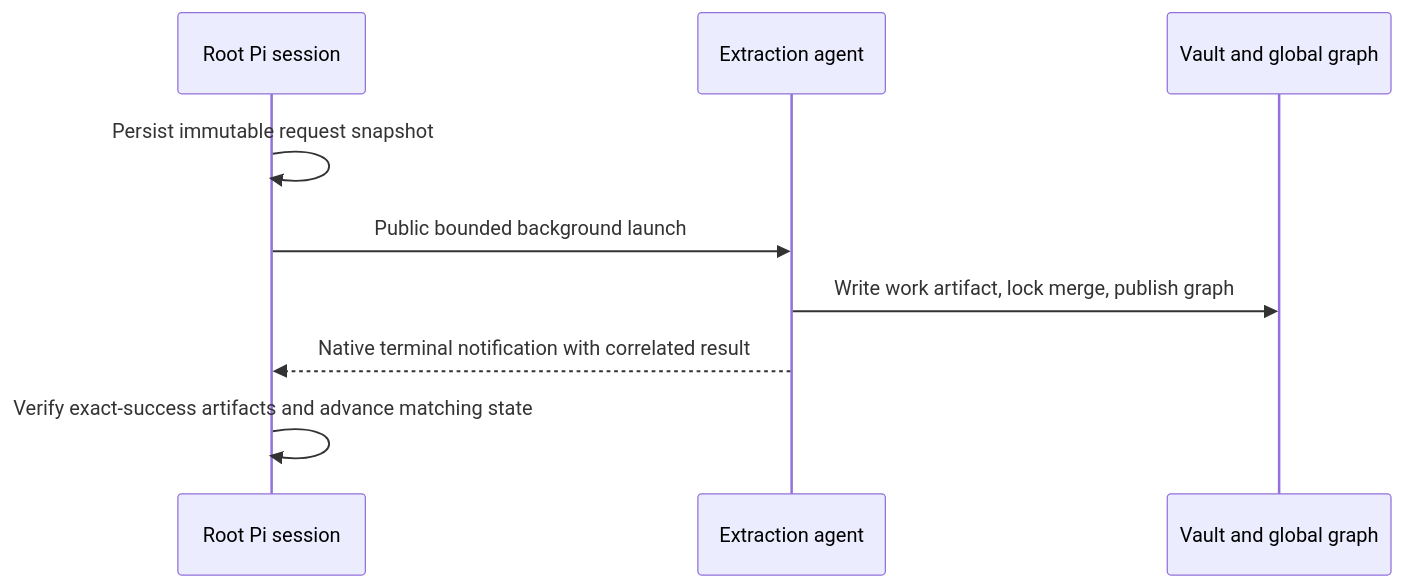
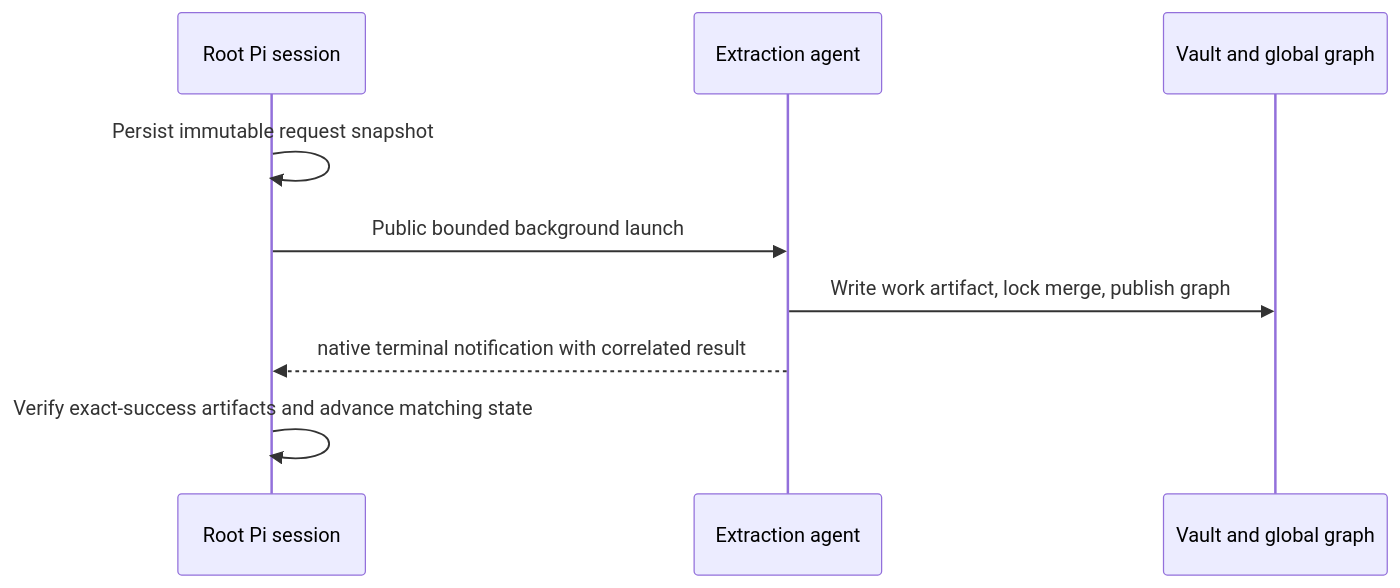
One commit to nikolanovoselec/codeflare changed the ninth of 9 diagrams in documentation/lanes/architecture.md. Above: the diagram before and after it, drawn with Mermaid. The commit also changed other lines of this file and 2 other files, not shown here.

Commit message:
docs: close architecture verification gaps

````diff
--- a/documentation/lanes/architecture.md
+++ b/documentation/lanes/architecture.md
@@ -577,11 +589,11 @@
 ```mermaid
 sequenceDiagram
     participant R as Root Pi session
     participant A as Extraction agent
     participant G as Vault and global graph
     R->>R: Persist immutable request snapshot
     R->>A: Public bounded background launch
     A->>G: Write work artifact, lock merge, publish graph
-    A-->>R: Native terminal notification with correlated result
+    A-->>R: native terminal notification with correlated result
     R->>R: Verify exact-success artifacts and advance matching state
 ```
````
